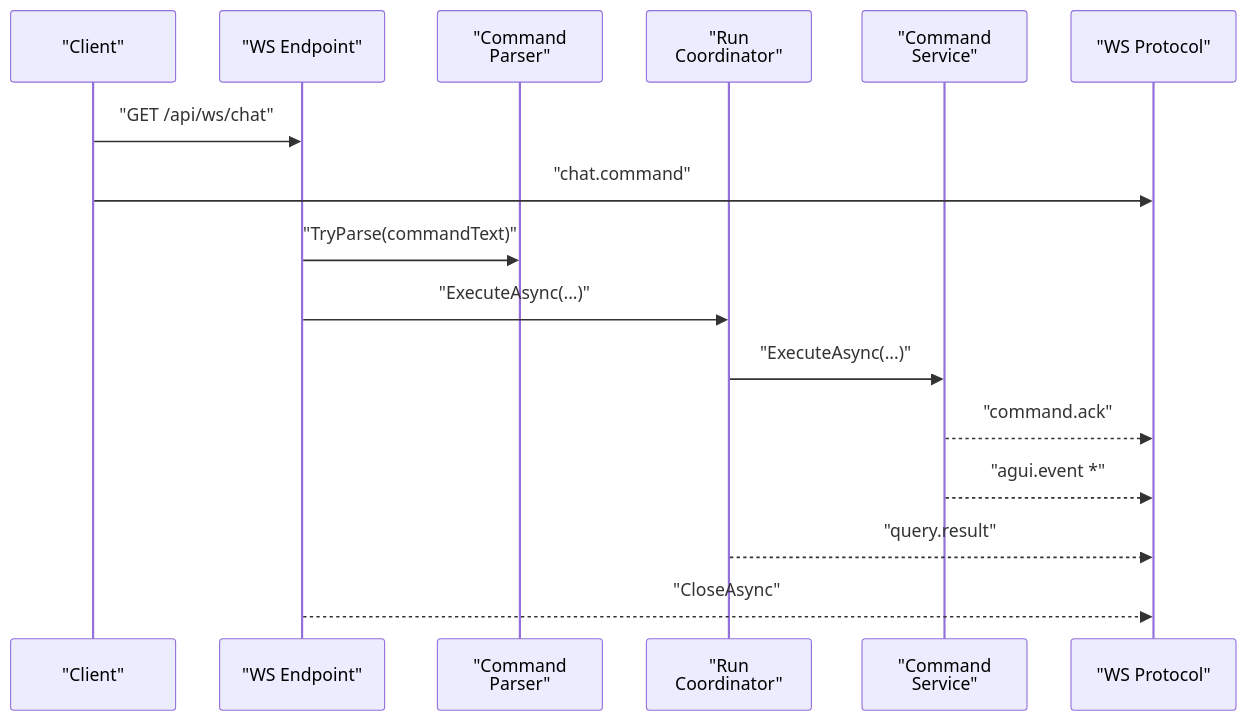
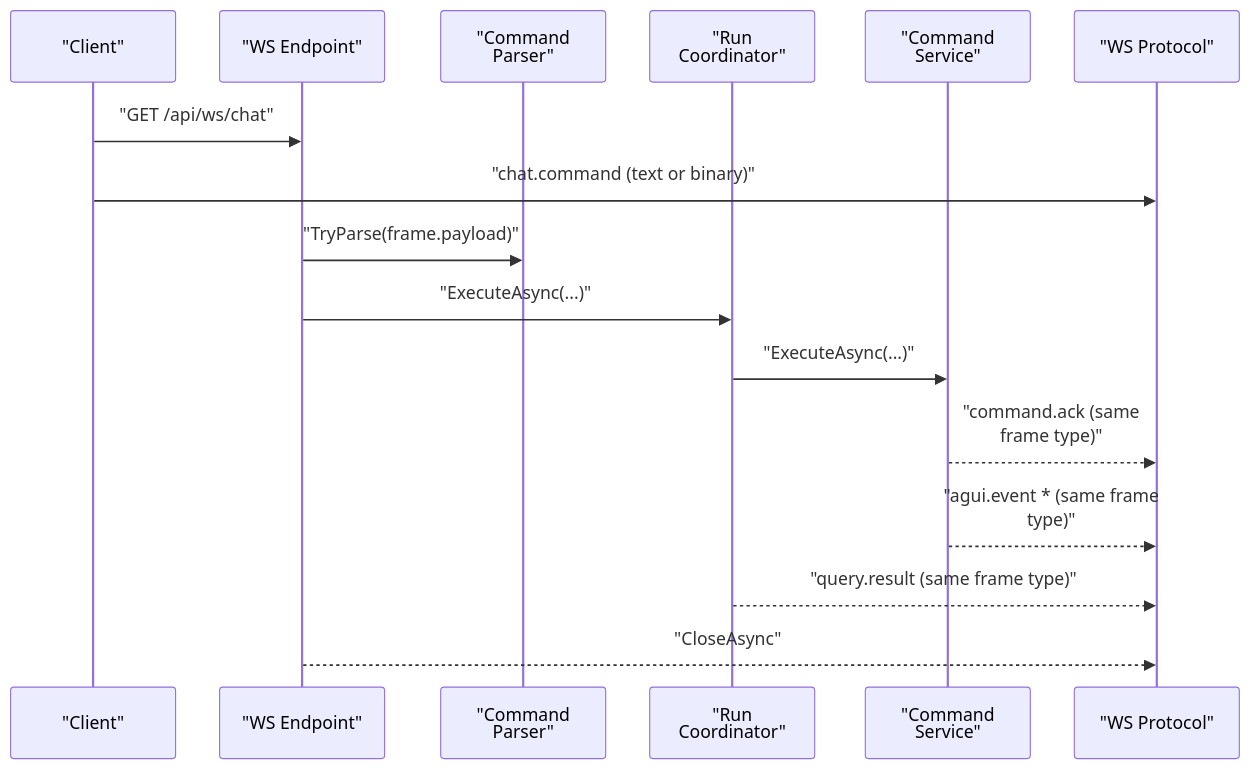
Before and after one commit to aevatarAI/aevatar: the third of 5 diagrams in docs/WORKFLOW_LLM_STREAMING_ARCHITECTURE.md, drawn with Mermaid. The commit also changed other lines of this file and 8 other files, not shown here.

First line of the commit message:
Enhance Workflow LLM streaming architecture to support text and binary WebSocket frames

````diff
--- a/docs/WORKFLOW_LLM_STREAMING_ARCHITECTURE.md
+++ b/docs/WORKFLOW_LLM_STREAMING_ARCHITECTURE.md
@@ -153,20 +153,20 @@
 ```mermaid
 %%{init: {"maxTextSize": 100000, "flowchart": {"useMaxWidth": false, "nodeSpacing": 10, "rankSpacing": 50}, "themeVariables": {"fontSize": "10px"}, "sequence": {"useMaxWidth": false, "actorFontSize": 10, "messageFontSize": 10, "noteFontSize": 10, "actorMargin": 40, "messageMargin": 12, "diagramMarginX": 16, "diagramMarginY": 16, "wrap": true}}}%%
 sequenceDiagram
     participant CL as "Client"
     participant API as "WS Endpoint"
     participant PRS as "Command Parser"
     participant RUN as "Run Coordinator"
     participant CMD as "Command Service"
     participant WS as "WS Protocol"
 
     CL->>API: "GET /api/ws/chat"
-    CL->>WS: "chat.command"
-    API->>PRS: "TryParse(commandText)"
+    CL->>WS: "chat.command (text or binary)"
+    API->>PRS: "TryParse(frame.payload)"
     API->>RUN: "ExecuteAsync(...)"
     RUN->>CMD: "ExecuteAsync(...)"
-    CMD-->>WS: "command.ack"
-    CMD-->>WS: "agui.event *"
-    RUN-->>WS: "query.result"
+    CMD-->>WS: "command.ack (same frame type)"
+    CMD-->>WS: "agui.event * (same frame type)"
+    RUN-->>WS: "query.result (same frame type)"
     API-->>WS: "CloseAsync"
 ```
````
